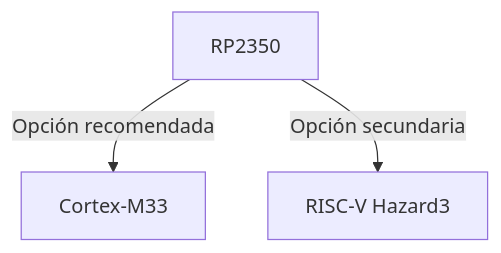
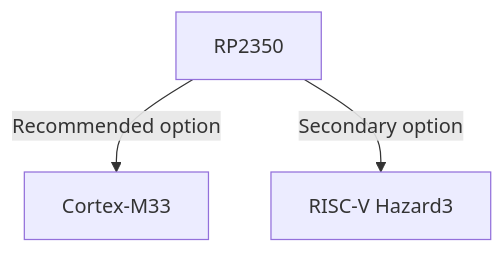
One commit to Gulden8ag/embedded1 changed the diagram in docs/Bloque1-GPIO/Tema_B.md. Above: the diagram before and after it, drawn with Mermaid. The commit also changed other lines of this file and 12 other files, not shown here.

````diff
--- a/docs/Bloque1-GPIO/Tema_B.md
+++ b/docs/Bloque1-GPIO/Tema_B.md
@@ -67,5 +67,5 @@
 ```mermaid
 graph TD
-    A[RP2350] -->|Opción recomendada| ARM[Cortex-M33]
-    A -->|Opción secundaria| RISCV[RISC-V Hazard3]
+    A[RP2350] -->|Recommended option| ARM[Cortex-M33]
+    A -->|Secondary option| RISCV[RISC-V Hazard3]
 ```
````
